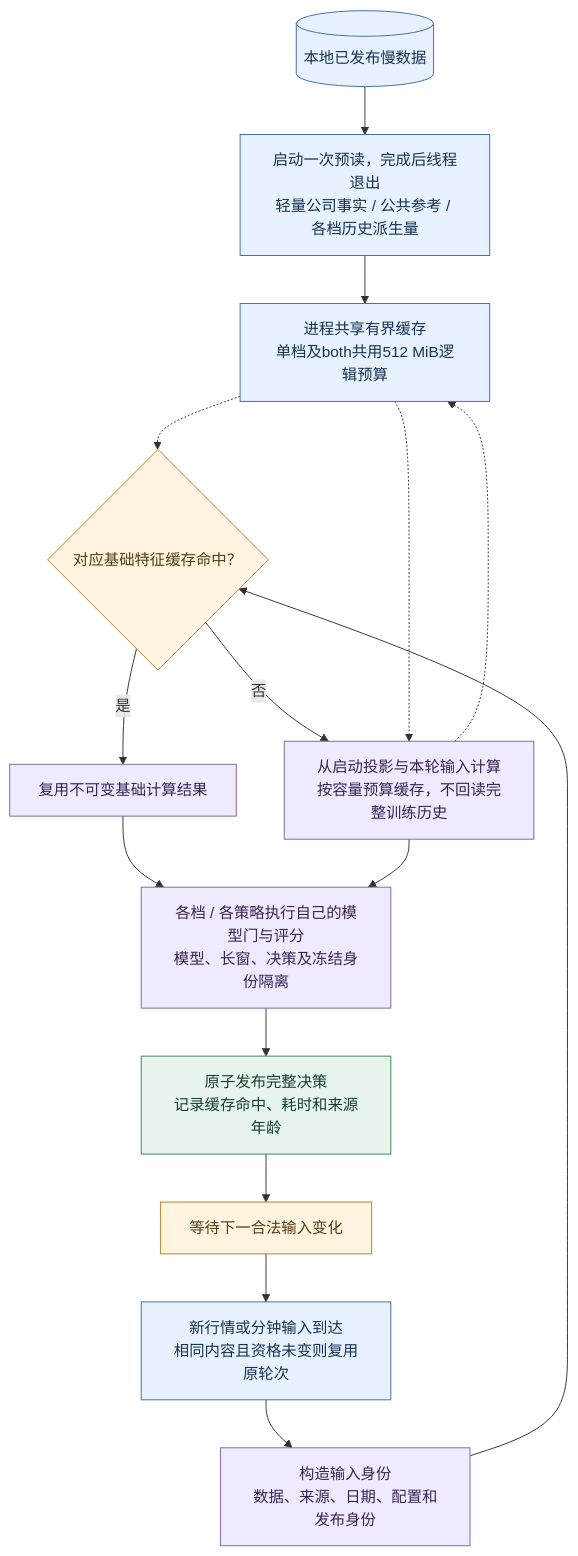
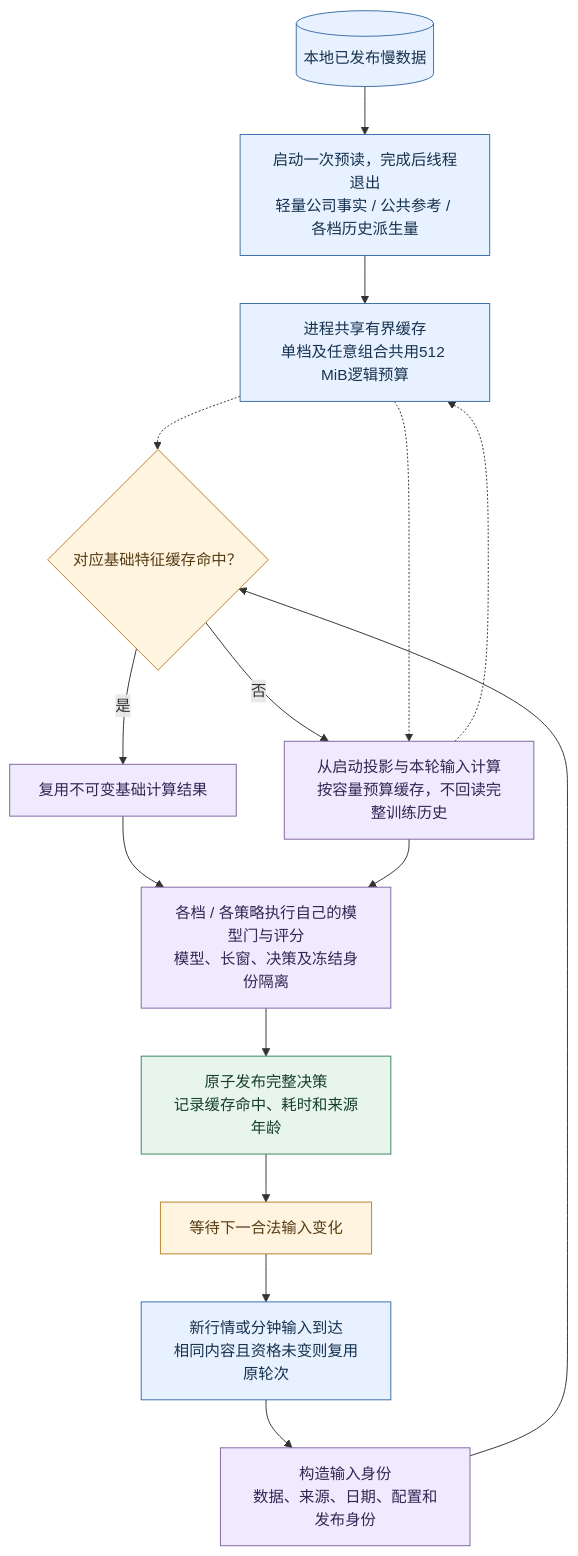
One commit to 373699756/trader changed the fourth of 7 diagrams in docs/2_工程设计.md. Above: the diagram before and after it, drawn with Mermaid. The commit also changed other lines of this file and 24 other files, not shown here.

````diff
--- a/docs/2_工程设计.md
+++ b/docs/2_工程设计.md
@@ -358,25 +358,25 @@
 ```mermaid
 flowchart TD
     DB[("本地已发布慢数据")] --> P["启动一次预读，完成后线程退出<br/>轻量公司事实 / 公共参考 / 各档历史派生量"]
-    P --> C["进程共享有界缓存<br/>单档及both共用512 MiB逻辑预算"]
+    P --> C["进程共享有界缓存<br/>单档及任意组合共用512 MiB逻辑预算"]
     Q["新行情或分钟输入到达<br/>相同内容且资格未变则复用原轮次"] --> Key["构造输入身份<br/>数据、来源、日期、配置和发布身份"]
     Key --> Hit{"对应基础特征缓存命中？"}
     C -.-> Hit
     Hit -->|是| Reuse["复用不可变基础计算结果"]
     Hit -->|否| Build["从启动投影与本轮输入计算<br/>按容量预算缓存，不回读完整训练历史"]
     C -.-> Build
     Reuse --> S["各档 / 各策略执行自己的模型门与评分<br/>模型、长窗、决策及冻结身份隔离"]
     Build --> S
     Build -.-> C
     S --> V["原子发布完整决策<br/>记录缓存命中、耗时和来源年龄"]
     V --> Wait["等待下一合法输入变化"]
     Wait --> Q
     classDef input fill:#e8f1ff,stroke:#3b6ea8,color:#16324f;
     classDef work fill:#f0eaff,stroke:#8064a2,color:#342653;
     classDef result fill:#e7f5ec,stroke:#39845a,color:#173f2a;
     classDef gate fill:#fff4df,stroke:#b78126,color:#563c13;
     class DB,P,C,Q input;
     class Key,Reuse,Build,S work;
     class V result;
     class Hit,Wait gate;
 ```
````
